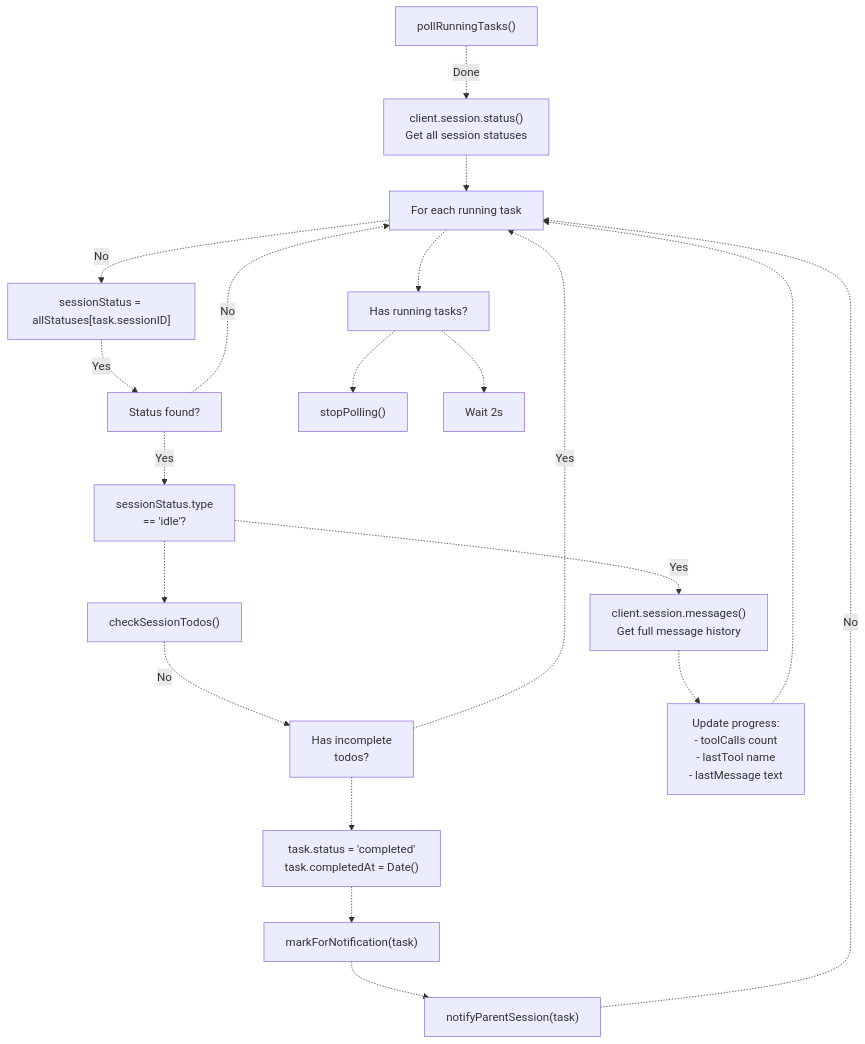
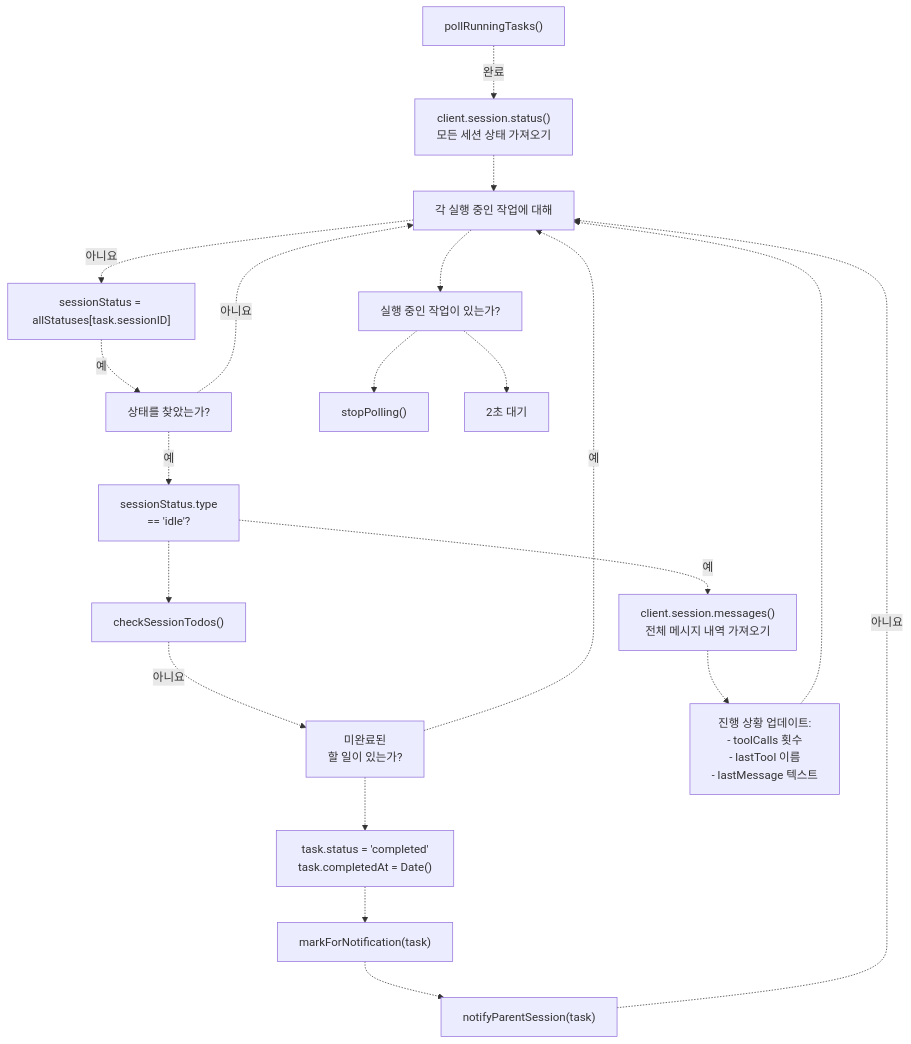
One commit to felipetruman/oh-my-opencode-docs changed the sixth of 14 diagrams in docs/background-execution/task-execution-and-polling.md. Above: the diagram before and after it, drawn with Mermaid. The commit also changed other lines of this file and 76 other files, not shown here.

````diff
--- a/docs/background-execution/task-execution-and-polling.md
+++ b/docs/background-execution/task-execution-and-polling.md
@@ -202,40 +202,40 @@
 ```mermaid
 flowchart TD
 
 Start["pollRunningTasks()"]
-Status["client.session.status()<br>Get all session statuses"]
-Loop["For each running task"]
+Status["client.session.status()<br>모든 세션 상태 가져오기"]
+Loop["각 실행 중인 작업에 대해"]
 GetStatus["sessionStatus = allStatuses[task.sessionID]"]
-Found["Status found?"]
+Found["상태를 찾았는가?"]
 CheckIdle["sessionStatus.type<br>== 'idle'?"]
 CheckTodos["checkSessionTodos()"]
-HasTodos["Has incomplete<br>todos?"]
+HasTodos["미완료된<br>할 일이 있는가?"]
 Complete["task.status = 'completed'<br>task.completedAt = Date()"]
 Mark["markForNotification(task)"]
 Notify["notifyParentSession(task)"]
-FetchMsgs["client.session.messages()<br>Get full message history"]
-UpdateProgress["Update progress:<br>- toolCalls count<br>- lastTool name<br>- lastMessage text"]
-CheckRunning["Has running tasks?"]
+FetchMsgs["client.session.messages()<br>전체 메시지 내역 가져오기"]
+UpdateProgress["진행 상황 업데이트:<br>- toolCalls 횟수<br>- lastTool 이름<br>- lastMessage 텍스트"]
+CheckRunning["실행 중인 작업이 있는가?"]
 Stop["stopPolling()"]
-End["Wait 2s"]
+End["2초 대기"]
 
-Start -.->|"Done"| Status
+Start -.->|"완료"| Status
 Status -.-> Loop
-Loop -.->|"No"| GetStatus
-GetStatus -.->|"Yes"| Found
-Found -.->|"No"| Loop
-Found -.->|"Yes"| CheckIdle
+Loop -.->|"아니요"| GetStatus
+GetStatus -.->|"예"| Found
+Found -.->|"아니요"| Loop
+Found -.->|"예"| CheckIdle
 CheckIdle -.-> CheckTodos
-CheckIdle -.->|"Yes"| FetchMsgs
-CheckTodos -.->|"No"| HasTodos
-HasTodos -.->|"Yes"| Loop
+CheckIdle -.->|"예"| FetchMsgs
+CheckTodos -.->|"아니요"| HasTodos
+HasTodos -.->|"예"| Loop
 HasTodos -.-> Complete
 Complete -.-> Mark
 Mark -.-> Notify
-Notify -.->|"No"| Loop
+Notify -.->|"아니요"| Loop
 FetchMsgs -.-> UpdateProgress
 UpdateProgress -.-> Loop
 Loop -.-> CheckRunning
 CheckRunning -.-> Stop
 CheckRunning -.-> End
 ```
````
